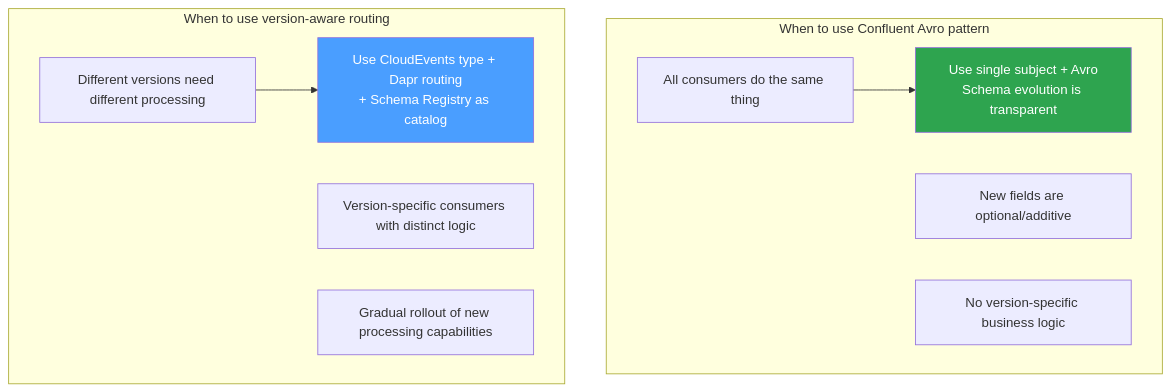
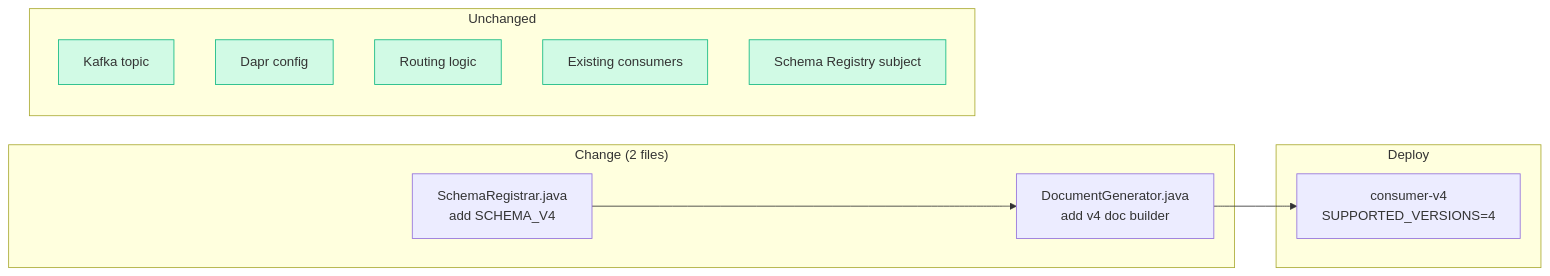
The fourth of 4 diagrams in README.md (righteouslabs/experiments-kubernetes), drawn with Mermaid before and after one commit. The commit also changed other lines of this file and 6 other files, not shown here.

````diff
--- a/README.md
+++ b/README.md
@@ -616,19 +158,27 @@
 ```mermaid
-graph TB
-    subgraph "When to use Confluent Avro pattern"
-        CA1["All consumers do the same thing"]
-        CA2["New fields are optional/additive"]
-        CA3["No version-specific business logic"]
-        CA1 --> USE_AVRO["Use single subject + Avro<br/>Schema evolution is transparent"]
+graph LR
+    subgraph "Change (2 files)"
+        A1["SchemaRegistrar.java<br/>add SCHEMA_V4"]
+        A2["DocumentGenerator.java<br/>add v4 doc builder"]
     end
 
-    subgraph "When to use version-aware routing"
-        VR1["Different versions need different processing"]
-        VR2["Version-specific consumers with distinct logic"]
-        VR3["Gradual rollout of new processing capabilities"]
-        VR1 --> USE_ROUTING["Use CloudEvents type + Dapr routing<br/>+ Schema Registry as catalog"]
+    subgraph "Deploy"
+        B["consumer-v4<br/>SUPPORTED_VERSIONS=4"]
     end
 
-    style USE_AVRO fill:#2ea44f,color:#fff
-    style USE_ROUTING fill:#4a9eff,color:#fff
+    subgraph "Unchanged"
+        C1["Kafka topic"]
+        C2["Dapr config"]
+        C3["Routing logic"]
+        C4["Existing consumers"]
+        C5["Schema Registry subject"]
+    end
+
+    A1 --> A2 --> B
+
+    style C1 fill:#d1fae5,stroke:#10b981
+    style C2 fill:#d1fae5,stroke:#10b981
+    style C3 fill:#d1fae5,stroke:#10b981
+    style C4 fill:#d1fae5,stroke:#10b981
+    style C5 fill:#d1fae5,stroke:#10b981
 ```
````
